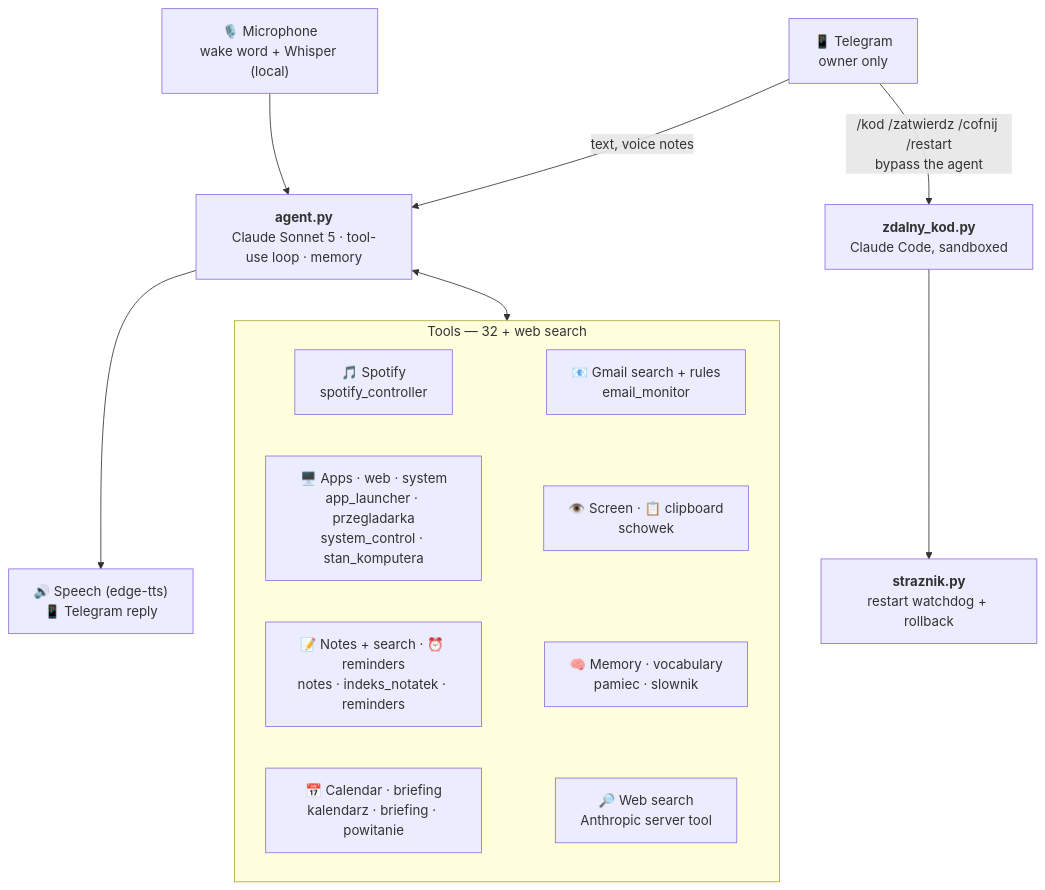
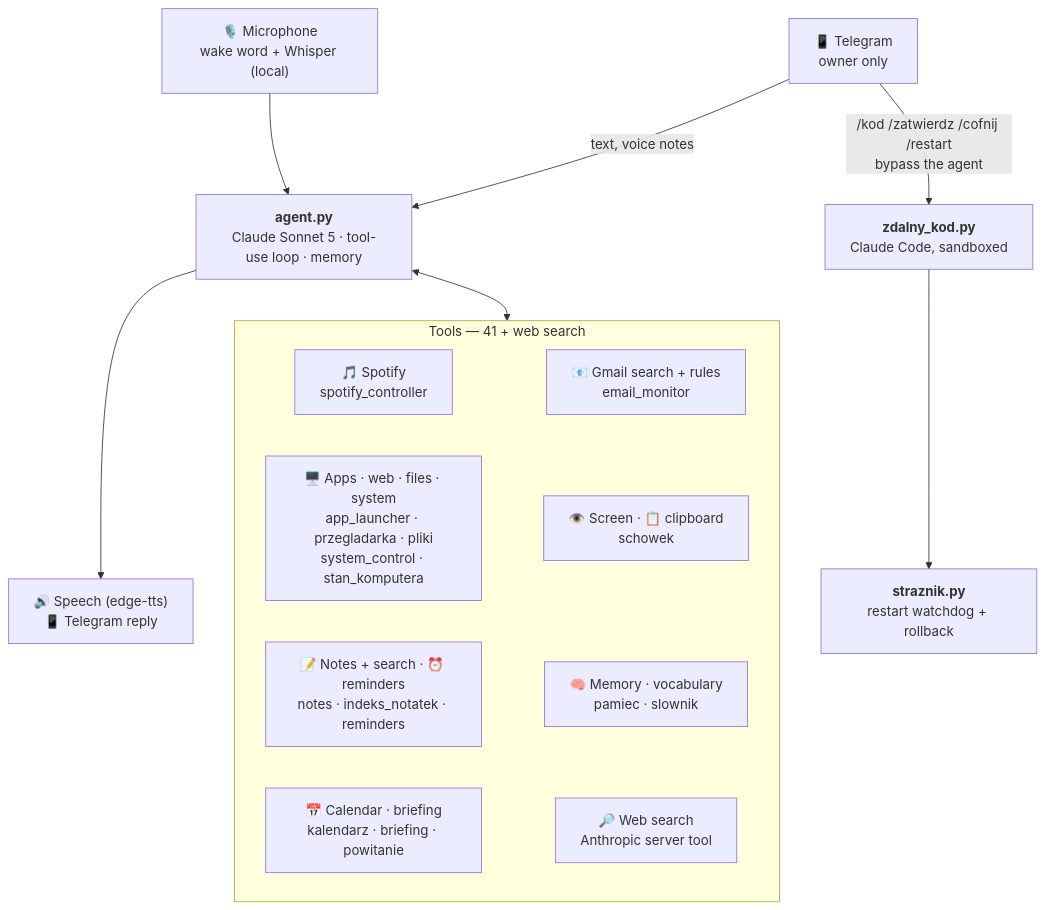
The diagram in README.md (klosuj3bator/Jarvis-voice-assistant), drawn with Mermaid before and after one commit. The commit also changed other lines of this file and 7 other files, not shown here.

````diff
--- a/README.md
+++ b/README.md
@@ -21,18 +22,18 @@
 ```mermaid
 flowchart TD
     MIC["🎙️ Microphone<br/>wake word + Whisper (local)"] --> AG
     TG["📱 Telegram<br/>owner only"] -- "text, voice notes" --> AG
     AG["<b>agent.py</b><br/>Claude Sonnet 5 · tool-use loop · memory"]
     AG --> OUT["🔊 Speech (edge-tts)<br/>📱 Telegram reply"]
     AG <--> TOOLS
 
-    subgraph TOOLS ["Tools — 32 + web search"]
+    subgraph TOOLS ["Tools — 41 + web search"]
         T1["🎵 Spotify<br/>spotify_controller"] ~~~ T5["📧 Gmail search + rules<br/>email_monitor"]
-        T2["🖥️ Apps · web · system<br/>app_launcher · przegladarka<br/>system_control · stan_komputera"] ~~~ T6["👁️ Screen · 📋 clipboard<br/>schowek"]
+        T2["🖥️ Apps · web · files · system<br/>app_launcher · przegladarka · pliki<br/>system_control · stan_komputera"] ~~~ T6["👁️ Screen · 📋 clipboard<br/>schowek"]
         T3["📝 Notes + search · ⏰ reminders<br/>notes · indeks_notatek · reminders"] ~~~ T7["🧠 Memory · vocabulary<br/>pamiec · slownik"]
         T4["📅 Calendar · briefing<br/>kalendarz · briefing · powitanie"] ~~~ T8["🔎 Web search<br/>Anthropic server tool"]
     end
 
     TG -- "/kod /zatwierdz /cofnij /restart<br/>bypass the agent" --> RC["<b>zdalny_kod.py</b><br/>Claude Code, sandboxed"]
     RC --> WD["<b>straznik.py</b><br/>restart watchdog + rollback"]
 ```
````
